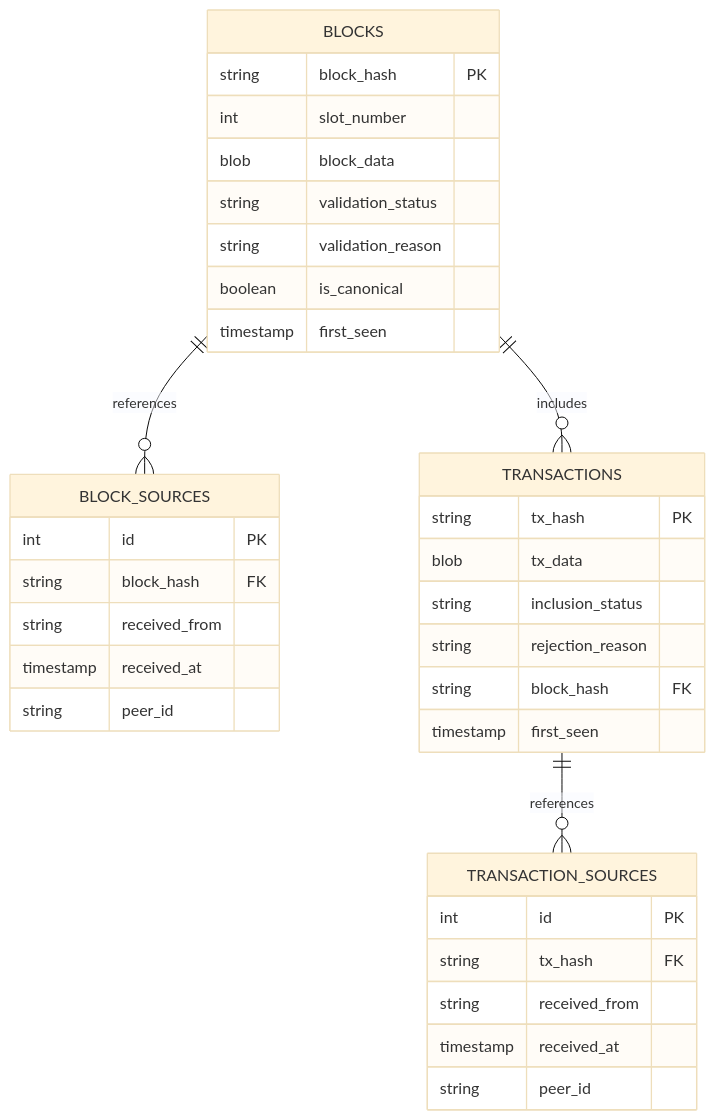
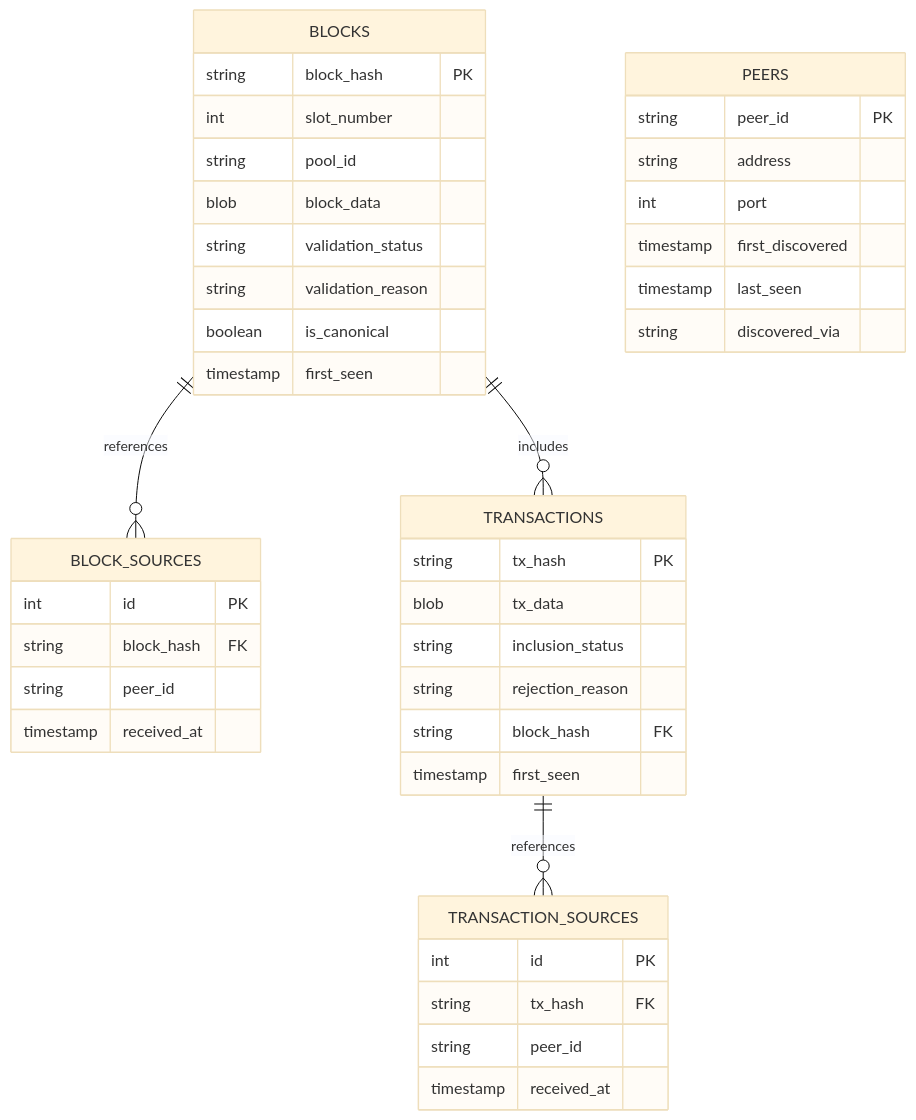
The second of 2 diagrams in CIP-XXXX.md (tweag/cardano-hoarding-node), drawn with Mermaid (base theme) before and after one commit. The commit also changed other lines of this file, not shown here.

First line of the commit message:
Refine hoarding node architecture and document design decisions

````diff
--- a/CIP-XXXX.md
+++ b/CIP-XXXX.md
@@ -207,41 +259,49 @@
 ```mermaid
 erDiagram
     BLOCKS {
         string block_hash PK
         int slot_number
+        string pool_id
         blob block_data
         string validation_status
         string validation_reason
         boolean is_canonical
         timestamp first_seen
     }
 
     BLOCK_SOURCES {
         int id PK
         string block_hash FK
-        string received_from
+        string peer_id
         timestamp received_at
-        string peer_id
     }
 
     TRANSACTIONS {
         string tx_hash PK
         blob tx_data
         string inclusion_status
         string rejection_reason
         string block_hash FK
         timestamp first_seen
     }
 
     TRANSACTION_SOURCES {
         int id PK
         string tx_hash FK
-        string received_from
+        string peer_id
         timestamp received_at
-        string peer_id
+    }
+
+    PEERS {
+        string peer_id PK
+        string address
+        int port
+        timestamp first_discovered
+        timestamp last_seen
+        string discovered_via
     }
 
     BLOCKS ||--o{ BLOCK_SOURCES : "references"
     TRANSACTIONS ||--o{ TRANSACTION_SOURCES : "references"
     BLOCKS ||--o{ TRANSACTIONS : "includes"
 ```
````
